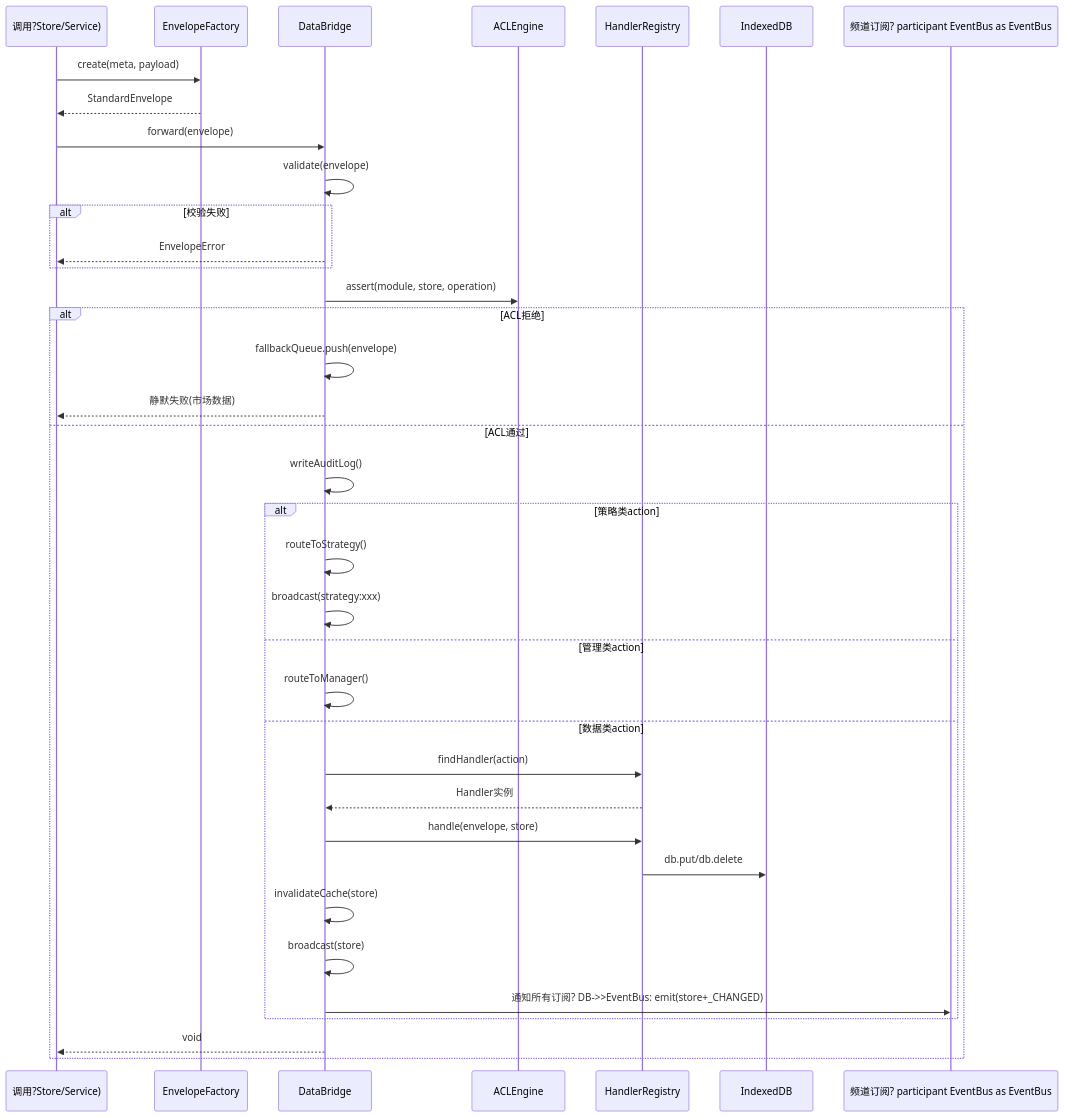
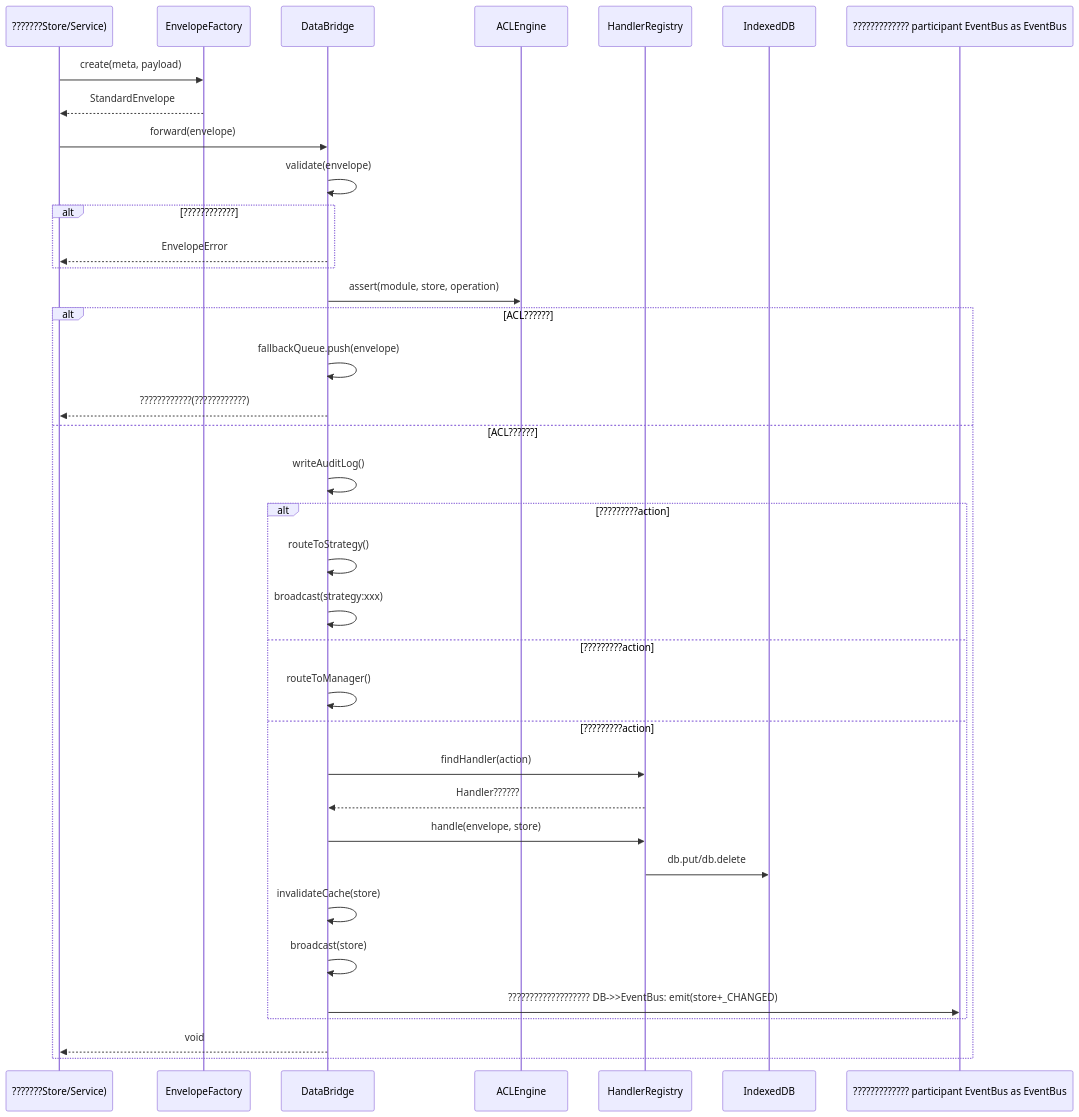
Before and after one commit to DHENGHONGYU/-: diagram 17 of 19 in docs/explanation/design/databridge数据链路全景分析报告.md, drawn with Mermaid. The commit also changed other lines of this file and 664 other files, not shown here.

````diff
--- a/docs/explanation/design/databridge数据链路全景分析报告.md
+++ b/docs/explanation/design/databridge数据链路全景分析报告.md
@@ -837,47 +837,47 @@
 ```mermaid
 sequenceDiagram
-    participant Client as 调用?Store/Service)
+    participant Client as ???????Store/Service)
     participant Envelope as EnvelopeFactory
     participant DB as DataBridge
     participant ACL as ACLEngine
     participant Handler as HandlerRegistry
     participant IndexedDB as IndexedDB
-    participant Subscribers as 频道订阅?    participant EventBus as EventBus
+    participant Subscribers as ?????????????    participant EventBus as EventBus
     
     Client->>Envelope: create(meta, payload)
     Envelope-->>Client: StandardEnvelope
     
     Client->>DB: forward(envelope)
     
     DB->>DB: validate(envelope)
-    alt 校验失败
+    alt ????????????
         DB-->>Client: EnvelopeError
     end
     
     DB->>ACL: assert(module, store, operation)
-    alt ACL拒绝
+    alt ACL??????
         DB->>DB: fallbackQueue.push(envelope)
-        DB-->>Client: 静默失败(市场数据)
-    else ACL通过
+        DB-->>Client: ????????????(????????????)
+    else ACL??????
         DB->>DB: writeAuditLog()
         
-        alt 策略类action
+        alt ?????????action
             DB->>DB: routeToStrategy()
             DB->>DB: broadcast(strategy:xxx)
-        else 管理类action
+        else ?????????action
             DB->>DB: routeToManager()
-        else 数据类action
+        else ?????????action
             DB->>Handler: findHandler(action)
-            Handler-->>DB: Handler实例
+            Handler-->>DB: Handler??????
             DB->>Handler: handle(envelope, store)
             Handler->>IndexedDB: db.put/db.delete
             
             DB->>DB: invalidateCache(store)
             DB->>DB: broadcast(store)
             
-            DB->>Subscribers: 通知所有订阅?            DB->>EventBus: emit(store+_CHANGED)
+            DB->>Subscribers: ???????????????????            DB->>EventBus: emit(store+_CHANGED)
         end
         
         DB-->>Client: void
     end
 ```
````
